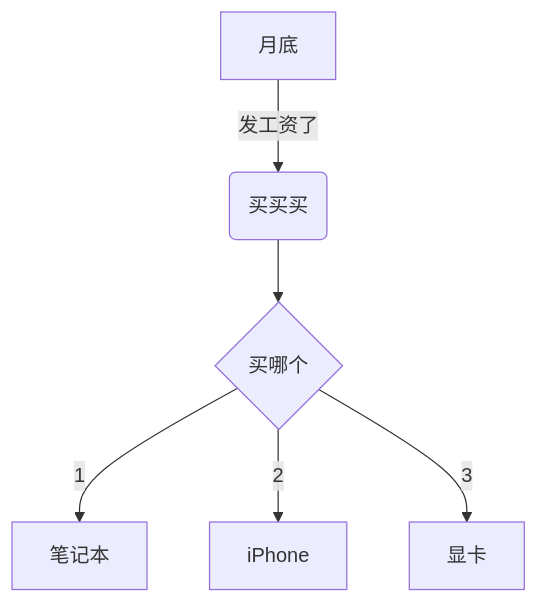
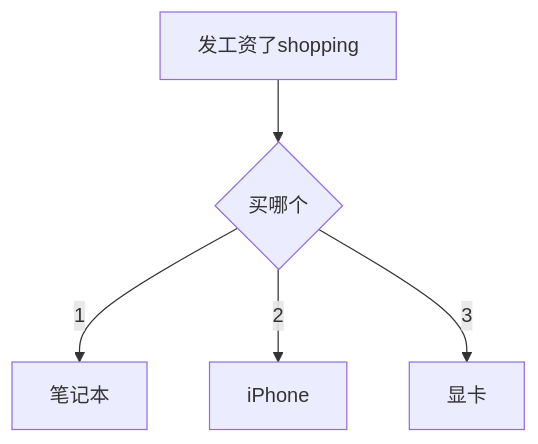
The diagram in _coverpage.md (walker-zheng/resume), drawn with Mermaid before and after one commit. The commit also changed other lines of this file and 1 other file, not shown here.

````diff
--- a/_coverpage.md
+++ b/_coverpage.md
@@ -4,8 +3,7 @@
 ```mermaid
 graph TD
-A[月底] -->|发工资了| B(买买买)
-B --> C{买哪个}
+B[发工资了shopping] --> C{买哪个}
 C -->|1| D[笔记本]
 C -->|2| E[iPhone]
 C -->|3| F[显卡]
 ```
````
